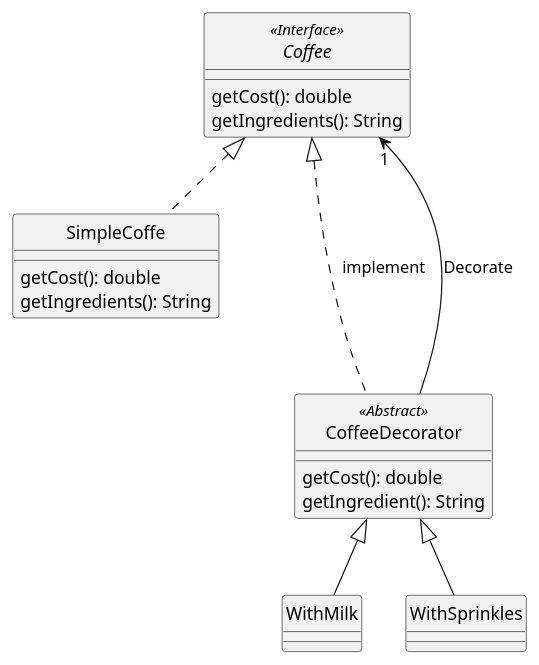
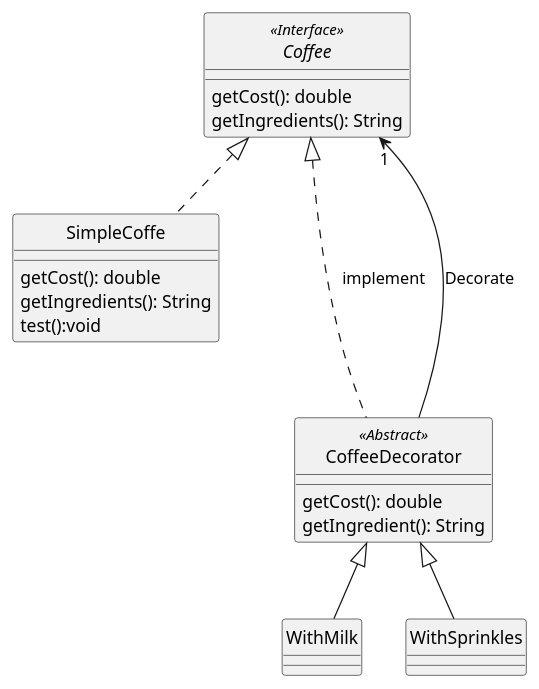
Before and after one commit to yvanross/LOG121-C04-decorateur-solution: the first of 3 diagrams in readme.puml, drawn with PlantUML. The commit also changed other lines of this file and 7 other files, not shown here.

```diff
--- a/readme.puml
+++ b/readme.puml
@@ -1,22 +1,23 @@
 @startuml DCL-coffe
 skinparam Style strictuml
 
 Interface Coffee <<Interface>>{
     getCost(): double
     getIngredients(): String
 }
 class SimpleCoffe implements Coffee{
     getCost(): double
     getIngredients(): String
+    test():void 
 }
 
 class CoffeeDecorator <<Abstract>>{
     getCost(): double
     getIngredient(): String
 }
 CoffeeDecorator .-up-|> Coffee: implement
 CoffeeDecorator -->  "1" Coffee: Decorate
 
 class WithMilk extends CoffeeDecorator
 class WithSprinkles extends CoffeeDecorator
 @enduml
```
